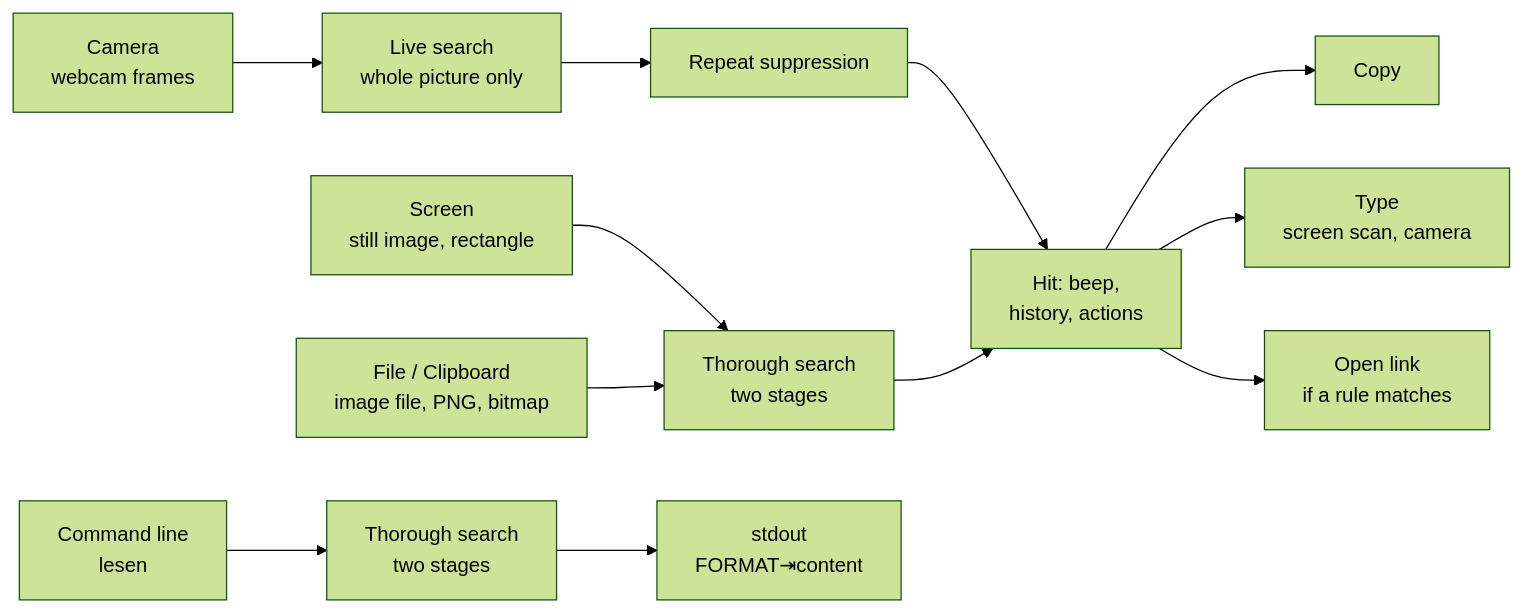
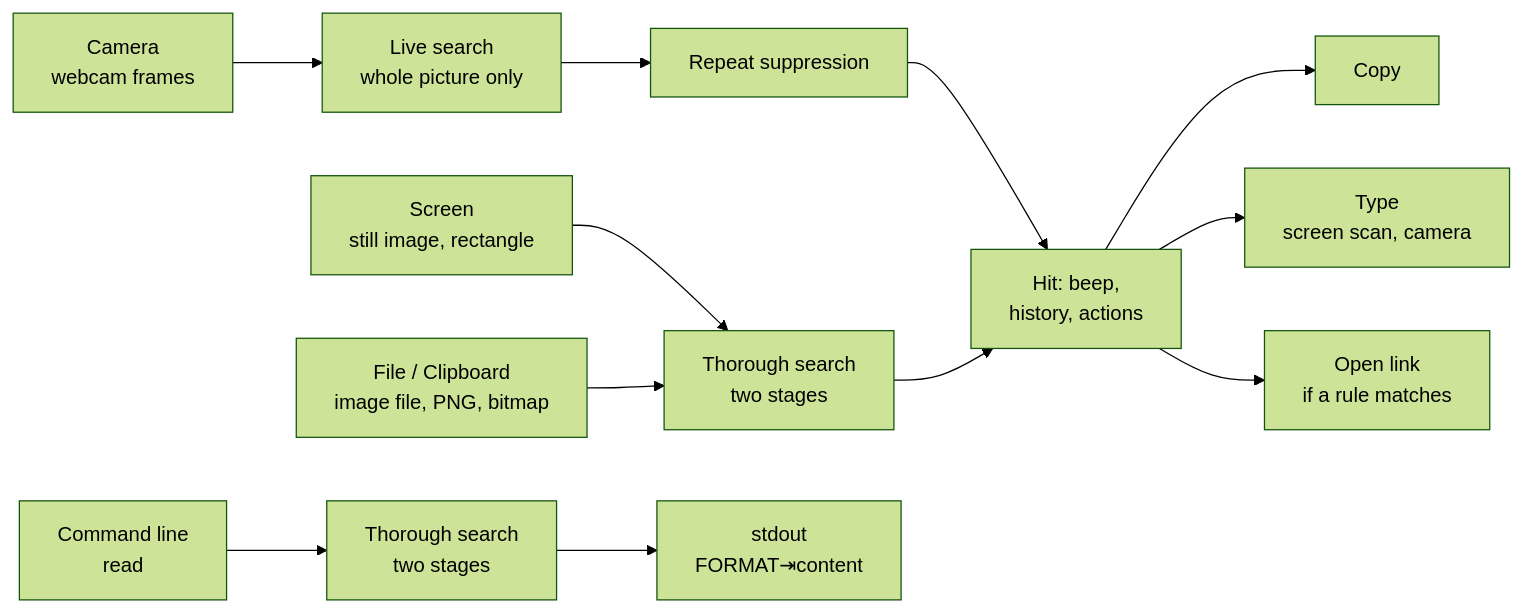
The diagram in docs/how-it-works.md (ict-baden/lupe), drawn with Mermaid (forest theme) before and after one commit. The commit also changed 31 other files, not shown here.

````diff
--- a/docs/how-it-works.md
+++ b/docs/how-it-works.md
@@ -11,14 +11,14 @@
 ```mermaid
 flowchart LR
     K["Camera<br>webcam frames"] --> L["Live search<br>whole picture only"]
     B["Screen<br>still image, rectangle"] --> T["Thorough search<br>two stages"]
     D["File / Clipboard<br>image file, PNG, bitmap"] --> T
-    C["Command line<br>lesen"] --> TC["Thorough search<br>two stages"]
+    C["Command line<br>read"] --> TC["Thorough search<br>two stages"]
     L --> R["Repeat suppression"]
     R --> H["Hit: beep,<br>history, actions"]
     T --> H
     TC --> O["stdout<br>FORMAT⇥content"]
     H --> A["Copy"]
     H --> E["Type<br>screen scan, camera"]
     H --> N["Open link<br>if a rule matches"]
 ```
````
